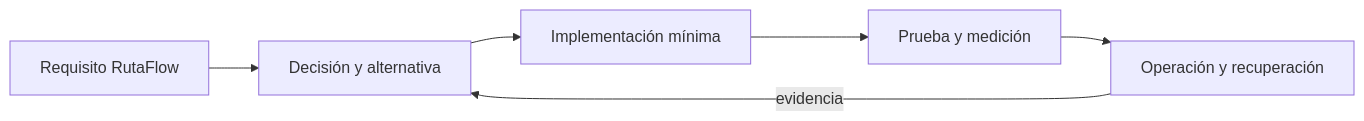
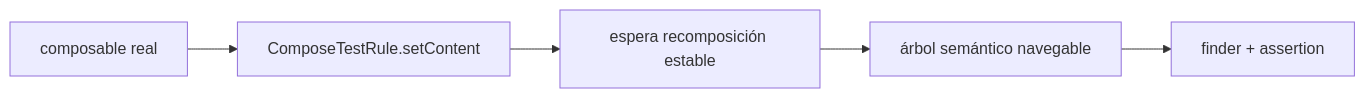
One commit to NICORUIZ93/Academia_Floci changed the first of 5 diagrams in web/public/content/android/modulo-14.md. Above: the diagram before and after it, drawn with Mermaid. The commit also changed other lines of this file and 11 other files, not shown here.

````diff
--- a/web/public/content/android/modulo-14.md
+++ b/web/public/content/android/modulo-14.md
@@ -22,8 +30,7 @@
 ```mermaid
 flowchart LR
-  A[Requisito RutaFlow] --> B[Decisión y alternativa]
-  B --> C[Implementación mínima]
-  C --> D[Prueba y medición]
-  D --> E[Operación y recuperación]
-  E -->|evidencia| B
+  A[composable real] --> B[ComposeTestRule.setContent]
+  B --> C[espera recomposición estable]
+  C --> D[árbol semántico navegable]
+  D --> E[finder + assertion]
 ```
````
